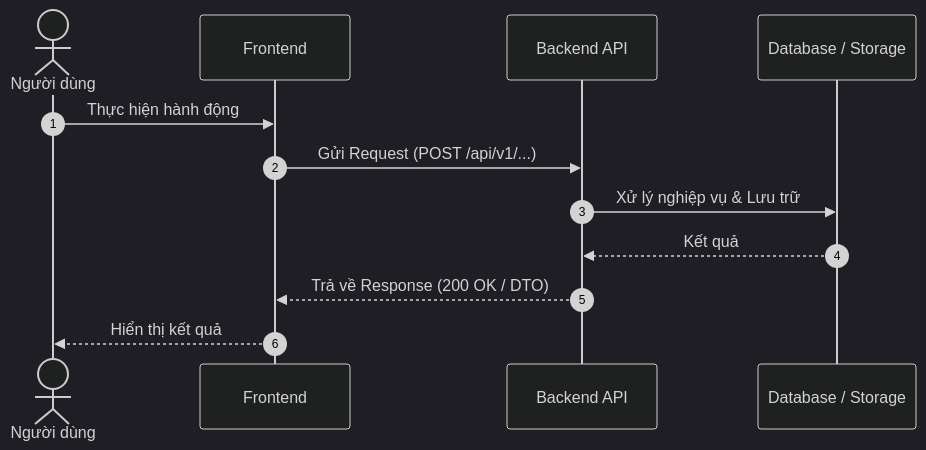
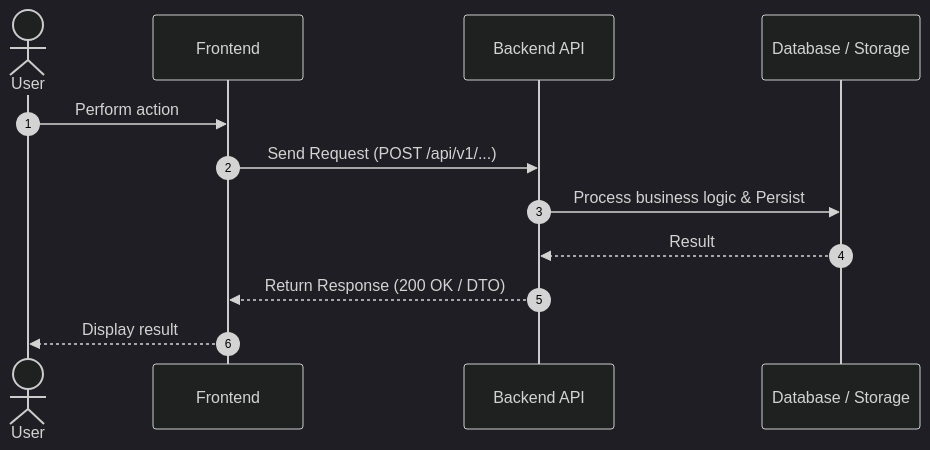
One commit to karasuma-2401/TOEICMaster-BE changed the diagram in docs/features/_template/spec.template.md. Above: the diagram before and after it, drawn with Mermaid (dark theme). The commit also changed other lines of this file and 168 other files, not shown here.

````diff
--- a/docs/features/_template/spec.template.md
+++ b/docs/features/_template/spec.template.md
@@ -28,15 +28,15 @@
 ```mermaid
 sequenceDiagram
     autonumber
-    actor User as Người dùng
+    actor User as User
     participant FE as Frontend
     participant API as Backend API
     participant DB as Database / Storage
 
-    User->>FE: Thực hiện hành động
-    FE->>API: Gửi Request (POST /api/v1/...)
-    API->>DB: Xử lý nghiệp vụ & Lưu trữ
-    DB-->>API: Kết quả
-    API-->>FE: Trả về Response (200 OK / DTO)
-    FE-->>User: Hiển thị kết quả
+    User->>FE: Perform action
+    FE->>API: Send Request (POST /api/v1/...)
+    API->>DB: Process business logic & Persist
+    DB-->>API: Result
+    API-->>FE: Return Response (200 OK / DTO)
+    FE-->>User: Display result
 ```
````
